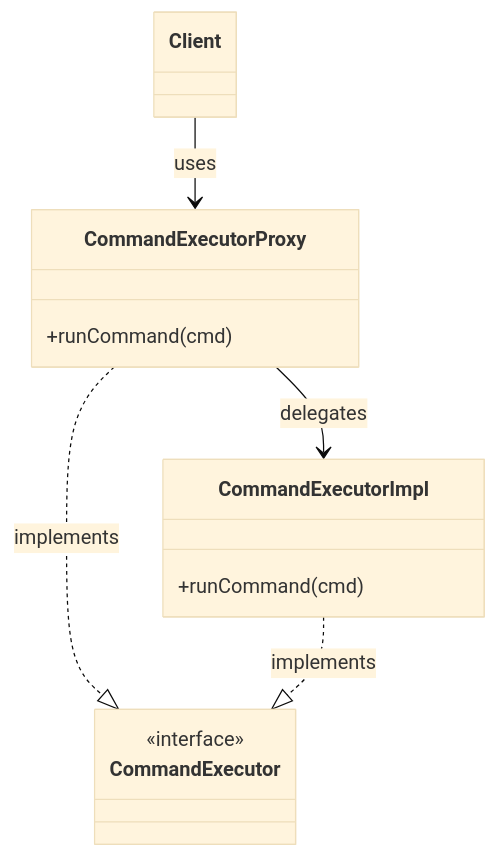
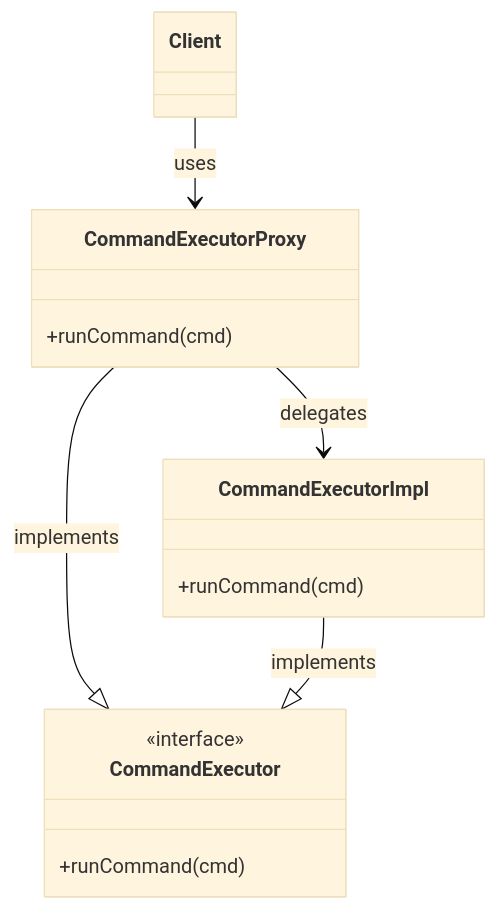
The first of 2 diagrams in design_patterns/structural/3_Proxy.md (hakobtp/blog), drawn with Mermaid (base theme) before and after one commit. The commit also changed other lines of this file, not shown here.

````diff
--- a/design_patterns/structural/3_Proxy.md
+++ b/design_patterns/structural/3_Proxy.md
@@ -25,15 +25,19 @@
 ```mermaid
 classDiagram
-    class CommandExecutor <<interface>>
-    class CommandExecutorProxy
-    class CommandExecutorImpl
+    class CommandExecutorProxy {
+        +runCommand(cmd)
+    }
+    class CommandExecutorImpl {
+        +runCommand(cmd)
+    }
+    class CommandExecutor {
+        <<interface>>
+        +runCommand(cmd)
+    }
     class Client
 
     Client --> CommandExecutorProxy: uses
     CommandExecutorProxy --> CommandExecutorImpl: delegates
-    CommandExecutorProxy ..|> CommandExecutor: implements
-    CommandExecutorImpl ..|> CommandExecutor: implements
-
-    CommandExecutorProxy : +runCommand(cmd)
-    CommandExecutorImpl : +runCommand(cmd)
+    CommandExecutorProxy --|> CommandExecutor: implements
+    CommandExecutorImpl --|> CommandExecutor: implements
 ```    
````
